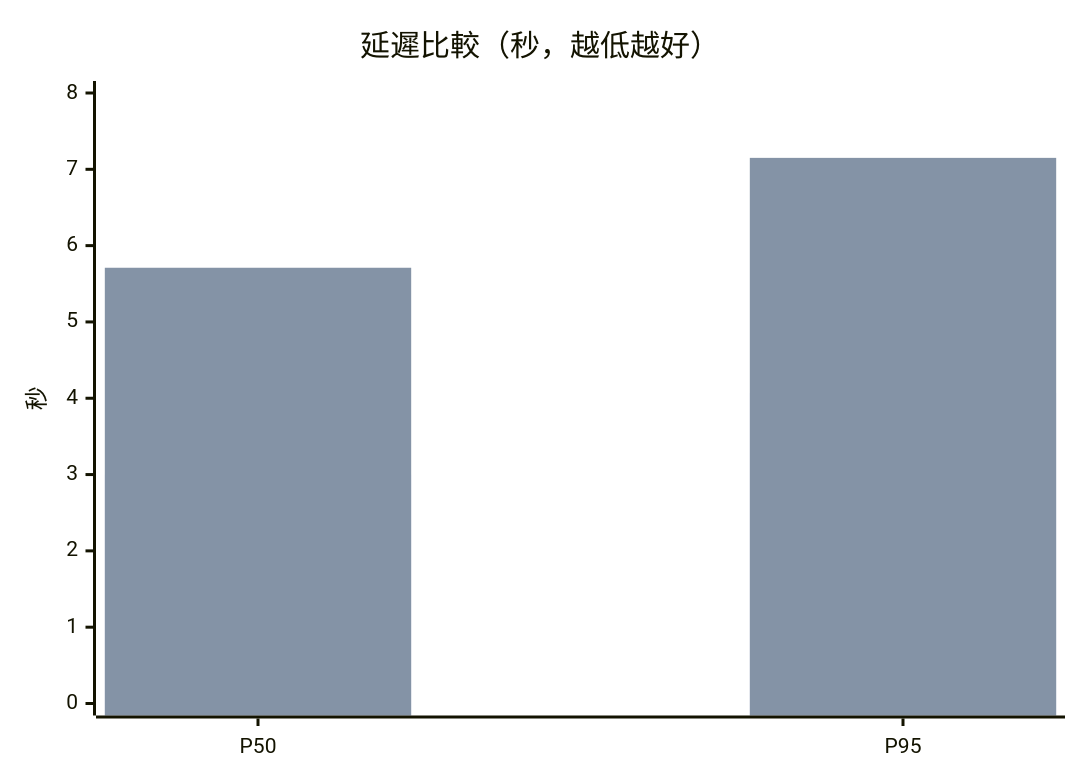
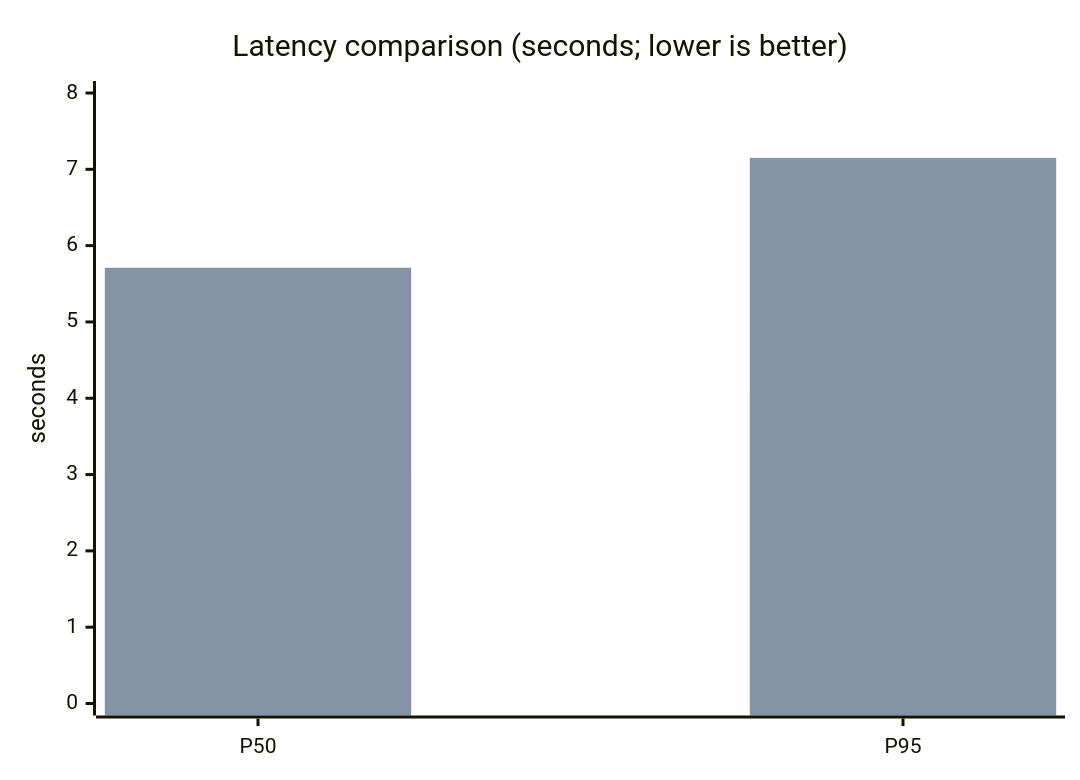
Before and after one commit to poirotw66/teams-agent: the first of 2 diagrams in README.md, drawn with Mermaid. The commit also changed other lines of this file and 6 other files, not shown here.

````diff
--- a/README.md
+++ b/README.md
@@ -606,8 +638,8 @@
 ```mermaid
 xychart-beta
-    title "延遲比較（秒，越低越好）"
+    title "Latency comparison (seconds; lower is better)"
     x-axis ["P50", "P95"]
-    y-axis "秒" 0 --> 8
+    y-axis "seconds" 0 --> 8
     bar "Hybrid" [3.00, 4.07]
     bar "Gemini File Search" [5.71, 7.15]
 ```
````
